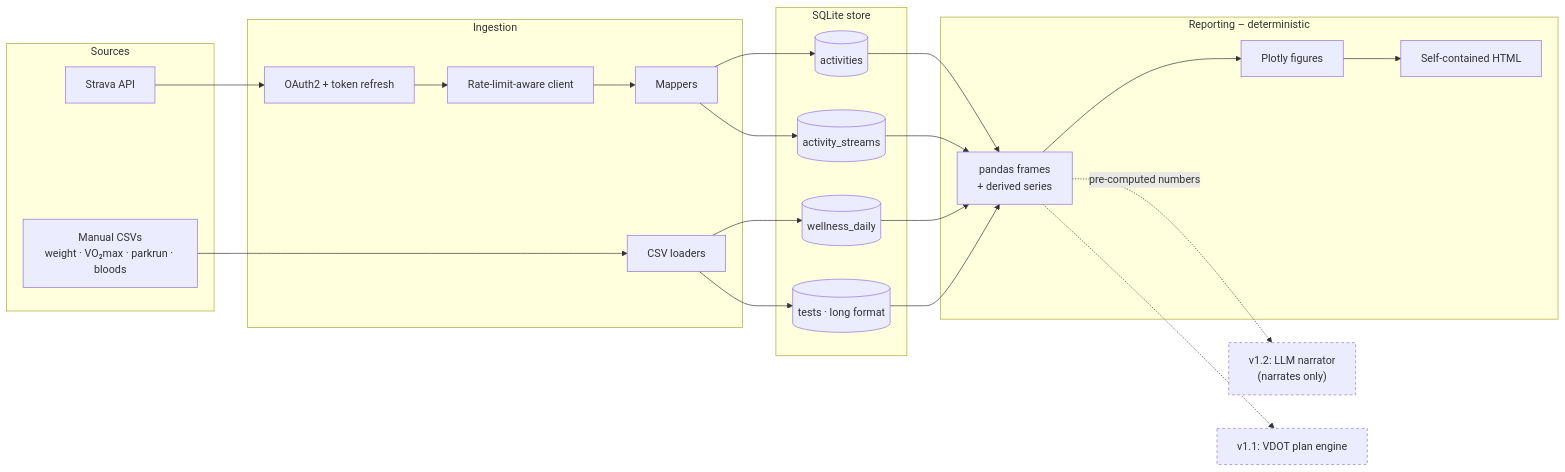
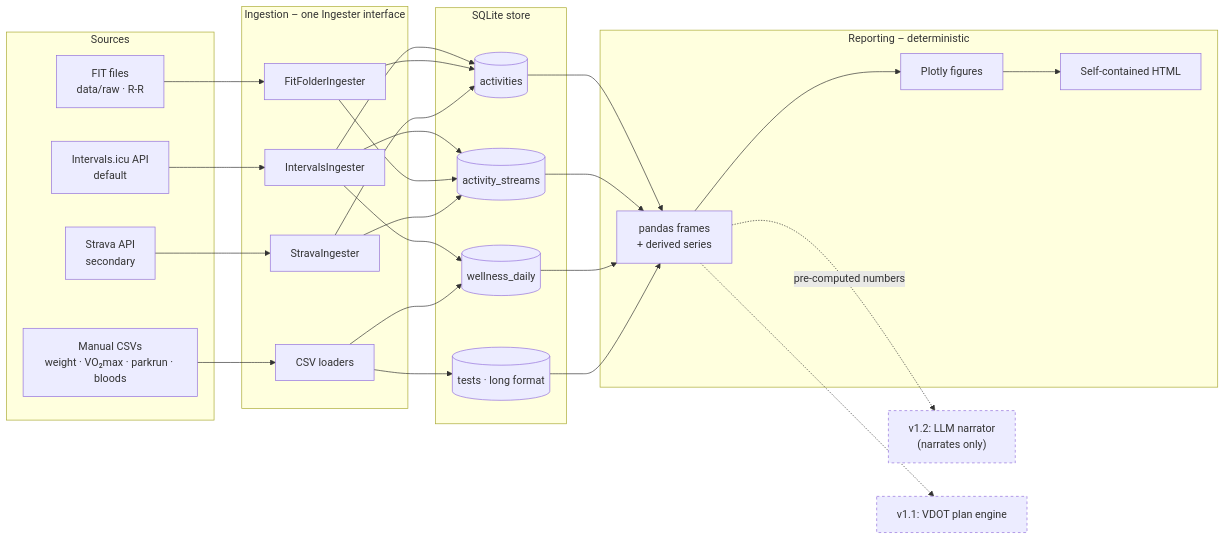
Before and after one commit to annabator/longrun: the diagram in README.md, drawn with Mermaid. The commit also changed other lines of this file and 2 other files, not shown here.

First line of the commit message:
docs: retarget the documentation to Intervals.icu

````diff
--- a/README.md
+++ b/README.md
@@ -37,40 +38,45 @@
 ```mermaid
 flowchart LR
     subgraph Sources
-        S[Strava API]
+        I[Intervals.icu API<br/>default]
+        F1[FIT files<br/>data/raw · R-R]
+        S[Strava API<br/>secondary]
         C[Manual CSVs<br/>weight · VO₂max · parkrun · bloods]
     end
 
-    subgraph Ingestion
-        A[OAuth2 + token refresh]
-        R[Rate-limit-aware client]
-        M[Mappers]
+    subgraph Ingestion["Ingestion – one Ingester interface"]
+        A1[IntervalsIngester]
+        A2[FitFolderIngester]
+        A3[StravaIngester]
         L[CSV loaders]
     end
 
     subgraph Store["SQLite store"]
         T1[(activities)]
         T2[(activity_streams)]
         T3[(wellness_daily)]
         T4[(tests · long format)]
     end
 
     subgraph Reporting["Reporting – deterministic"]
-        F[pandas frames<br/>+ derived series]
+        FR[pandas frames<br/>+ derived series]
         P[Plotly figures]
         H[Self-contained HTML]
     end
 
-    S --> A --> R --> M --> T1
-    M --> T2
-    C --> L --> T3
-    L --> T4
-    T1 & T2 & T3 & T4 --> F --> P --> H
+    I --> A1
+    F1 --> A2
+    S --> A3
+    C --> L
+    A1 & A2 & A3 --> T1 & T2
+    A1 --> T3
+    L --> T3 & T4
+    T1 & T2 & T3 & T4 --> FR --> P --> H
 
     N["v1.2: LLM narrator<br/>(narrates only)"]:::future
-    F -.->|pre-computed numbers| N
+    FR -.->|pre-computed numbers| N
     V["v1.1: VDOT plan engine"]:::future
-    F -.-> V
+    FR -.-> V
 
     classDef future stroke-dasharray: 4 4
 ```
````
